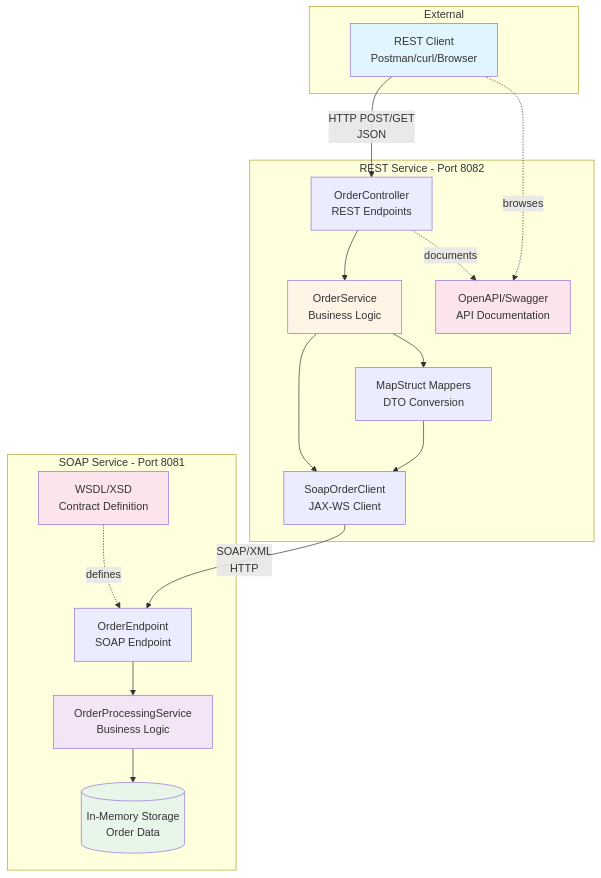
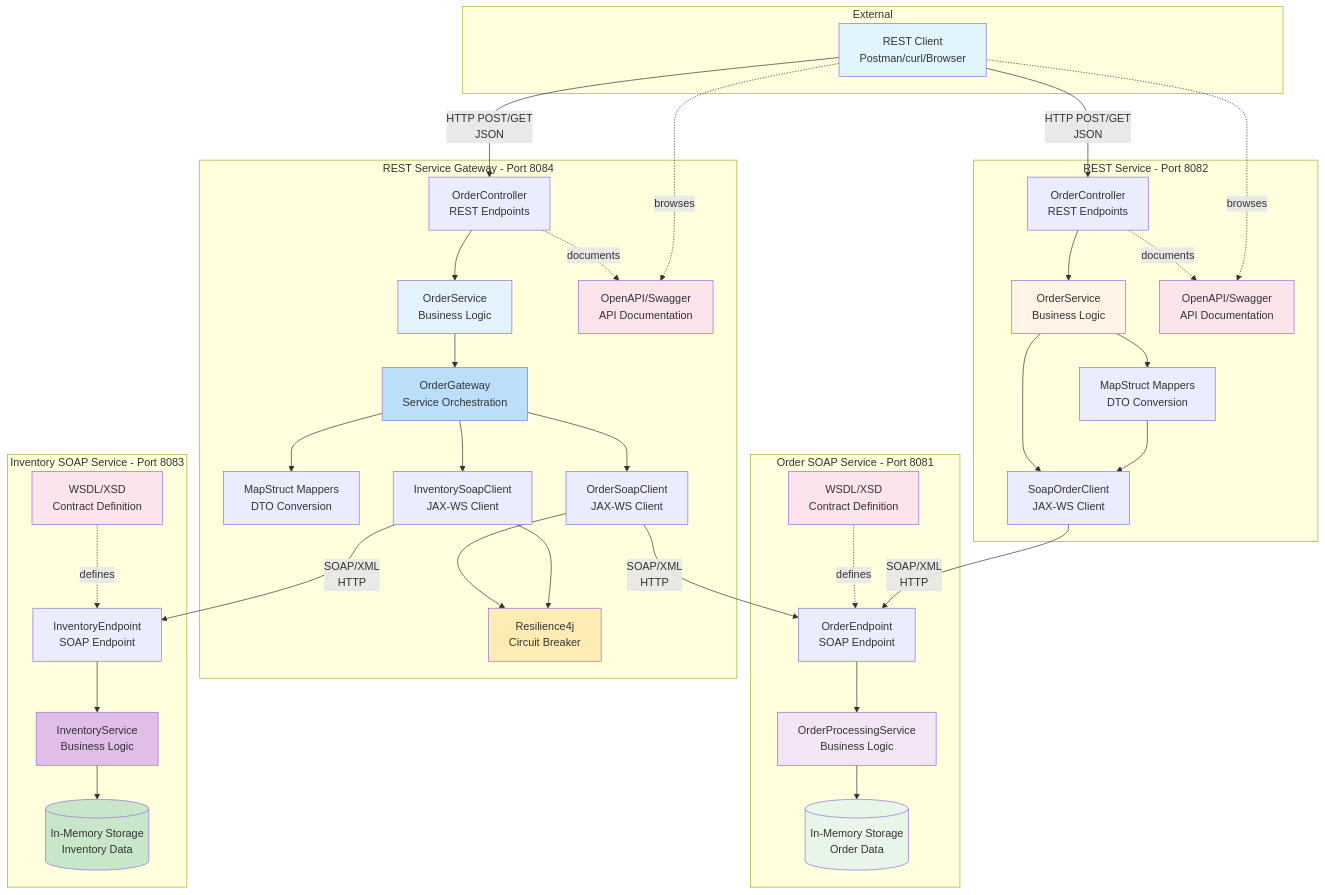
The diagram in docs/system-architecture.md (thuongtlh/soap-demo), drawn with Mermaid before and after one commit. The commit also changed other lines of this file and 4 other files, not shown here.

Commit message:
Update docs folder to include new services (inventory-soap-service and rest-service-gateway)

````diff
--- a/docs/system-architecture.md
+++ b/docs/system-architecture.md
@@ -6,6 +6,26 @@
 graph TB
     subgraph "External"
         Client[REST Client<br/>Postman/curl/Browser]
+    end
+    
+    subgraph "REST Service Gateway - Port 8084"
+        GatewayController[OrderController<br/>REST Endpoints]
+        GatewayService[OrderService<br/>Business Logic]
+        OrderGateway[OrderGateway<br/>Service Orchestration]
+        GatewayMappers[MapStruct Mappers<br/>DTO Conversion]
+        OrderClient[OrderSoapClient<br/>JAX-WS Client]
+        InventoryClient[InventorySoapClient<br/>JAX-WS Client]
+        Resilience[Resilience4j<br/>Circuit Breaker]
+        GatewayOpenAPI[OpenAPI/Swagger<br/>API Documentation]
+        
+        GatewayController --> GatewayService
+        GatewayService --> OrderGateway
+        OrderGateway --> GatewayMappers
+        OrderGateway --> OrderClient
+        OrderGateway --> InventoryClient
+        OrderClient --> Resilience
+        InventoryClient --> Resilience
+        GatewayController -.documents.-> GatewayOpenAPI
     end
     
     subgraph "REST Service - Port 8082"
@@ -22,7 +42,7 @@
         RestController -.documents.-> OpenAPI
     end
     
-    subgraph "SOAP Service - Port 8081"
+    subgraph "Order SOAP Service - Port 8081"
         SoapEndpoint[OrderEndpoint<br/>SOAP Endpoint]
         SoapService[OrderProcessingService<br/>Business Logic]
         WSDL[WSDL/XSD<br/>Contract Definition]
@@ -33,14 +53,36 @@
         WSDL -.defines.-> SoapEndpoint
     end
     
+    subgraph "Inventory SOAP Service - Port 8083"
+        InventoryEndpoint[InventoryEndpoint<br/>SOAP Endpoint]
+        InventoryService[InventoryService<br/>Business Logic]
+        InventoryWSDL[WSDL/XSD<br/>Contract Definition]
+        InventoryStorage[(In-Memory Storage<br/>Inventory Data)]
+        
+        InventoryEndpoint --> InventoryService
+        InventoryService --> InventoryStorage
+        InventoryWSDL -.defines.-> InventoryEndpoint
+    end
+    
+    Client -->|HTTP POST/GET<br/>JSON| GatewayController
     Client -->|HTTP POST/GET<br/>JSON| RestController
     SoapClient -->|SOAP/XML<br/>HTTP| SoapEndpoint
+    OrderClient -->|SOAP/XML<br/>HTTP| SoapEndpoint
+    InventoryClient -->|SOAP/XML<br/>HTTP| InventoryEndpoint
+    Client -.browses.-> GatewayOpenAPI
     Client -.browses.-> OpenAPI
     
     style Client fill:#e1f5ff
+    style GatewayService fill:#e3f2fd
+    style OrderGateway fill:#bbdefb
     style RestService fill:#fff4e6
     style SoapService fill:#f3e5f5
+    style InventoryService fill:#e1bee7
     style Storage fill:#e8f5e9
+    style InventoryStorage fill:#c8e6c9
     style OpenAPI fill:#fce4ec
+    style GatewayOpenAPI fill:#fce4ec
     style WSDL fill:#fce4ec
+    style InventoryWSDL fill:#fce4ec
+    style Resilience fill:#ffecb3
 ```
````
